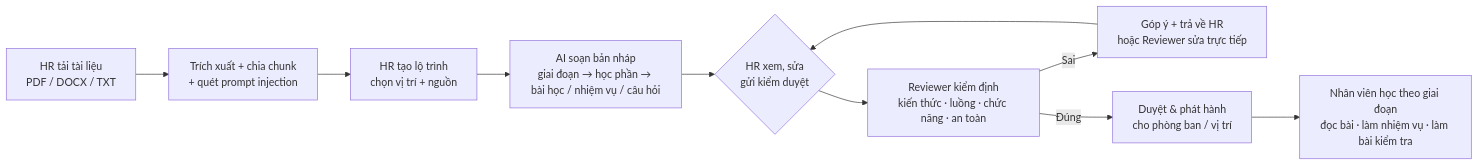
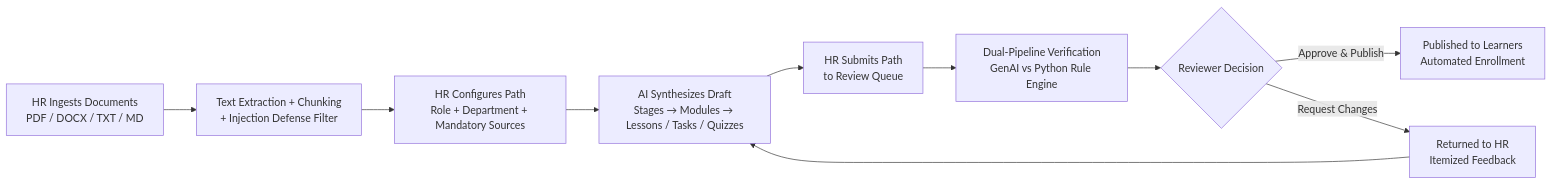
One commit to LamPhongG/BackUp_TW7 changed the diagram in documentation/FRONTEND_FLOWS.md. Above: the diagram before and after it, drawn with Mermaid. The commit also changed other lines of this file and 18 other files, not shown here.

````diff
--- a/documentation/FRONTEND_FLOWS.md
+++ b/documentation/FRONTEND_FLOWS.md
@@ -36,12 +28,12 @@
 ```mermaid
 flowchart LR
-  A[HR tải tài liệu<br/>PDF / DOCX / TXT] --> B[Trích xuất + chia chunk<br/>+ quét prompt injection]
-  B --> C[HR tạo lộ trình<br/>chọn vị trí + nguồn]
-  C --> D[AI soạn bản nháp<br/>giai đoạn → học phần → bài học / nhiệm vụ / câu hỏi]
-  D --> E{HR xem, sửa<br/>gửi kiểm duyệt}
-  E --> F[Reviewer kiểm định<br/>kiến thức · luồng · chức năng · an toàn]
-  F -- Sai --> G[Góp ý + trả về HR<br/>hoặc Reviewer sửa trực tiếp]
-  G --> E
-  F -- Đúng --> H[Duyệt & phát hành<br/>cho phòng ban / vị trí]
-  H --> I[Nhân viên học theo giai đoạn<br/>đọc bài · làm nhiệm vụ · làm bài kiểm tra]
+  A[HR Ingests Documents<br/>PDF / DOCX / TXT / MD] --> B[Text Extraction + Chunking<br/>+ Injection Defense Filter]
+  B --> C[HR Configures Path<br/>Role + Department + Mandatory Sources]
+  C --> D[AI Synthesizes Draft<br/>Stages → Modules → Lessons / Tasks / Quizzes]
+  D --> E[HR Submits Path<br/>to Review Queue]
+  E --> F[Dual-Pipeline Verification<br/>GenAI vs Python Rule Engine]
+  F --> G{Reviewer Decision}
+  G -->|Approve & Publish| H[Published to Learners<br/>Automated Enrollment]
+  G -->|Request Changes| I[Returned to HR<br/>Itemized Feedback]
+  I --> D
 ```
````
